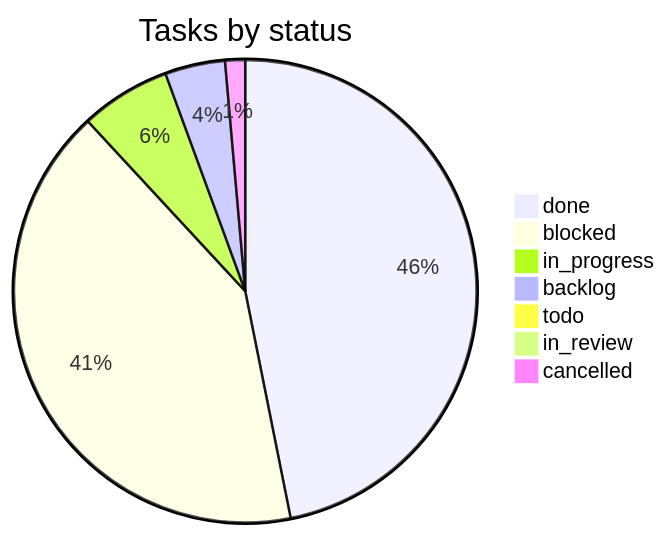
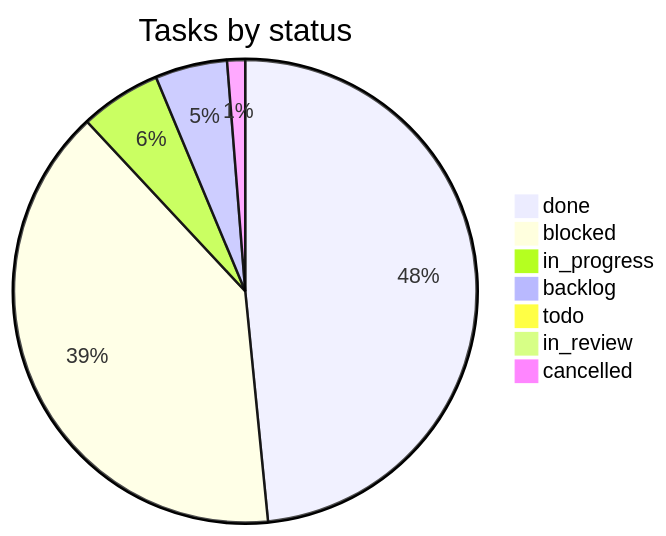
One commit to vulcanflow/docs changed the second of 2 diagrams in PROGRESS.md. Above: the diagram before and after it, drawn with Mermaid. The commit also changed other lines of this file and 1 other file, not shown here.

````diff
--- a/PROGRESS.md
+++ b/PROGRESS.md
@@ -58,10 +58,10 @@
 ```mermaid
 pie title Tasks by status
-  "done" : 67
-  "blocked" : 59
+  "done" : 77
+  "blocked" : 63
   "in_progress" : 9
-  "backlog" : 6
+  "backlog" : 8
   "todo" : 1
   "in_review" : 1
   "cancelled" : 2
 ```
````
